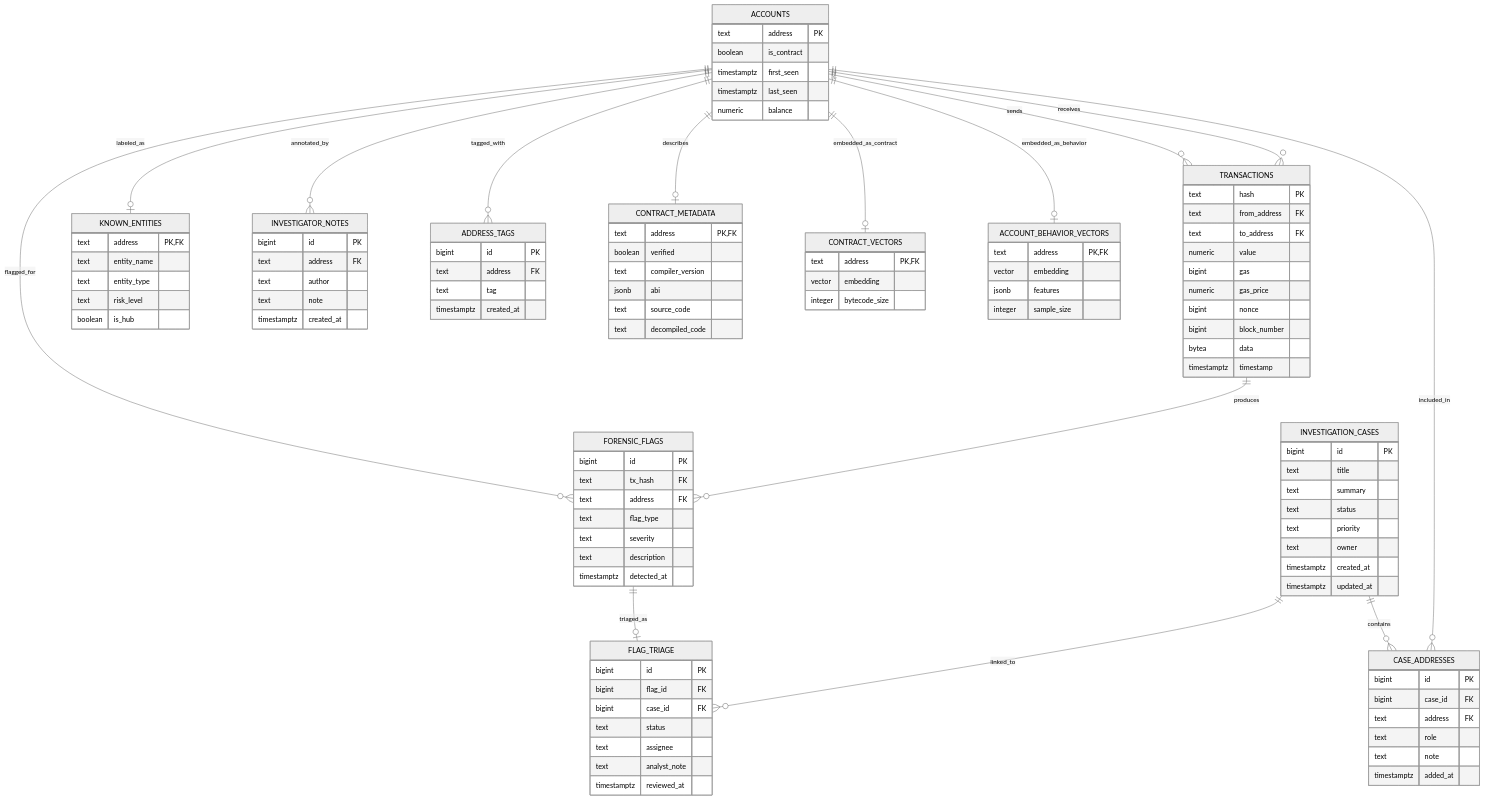
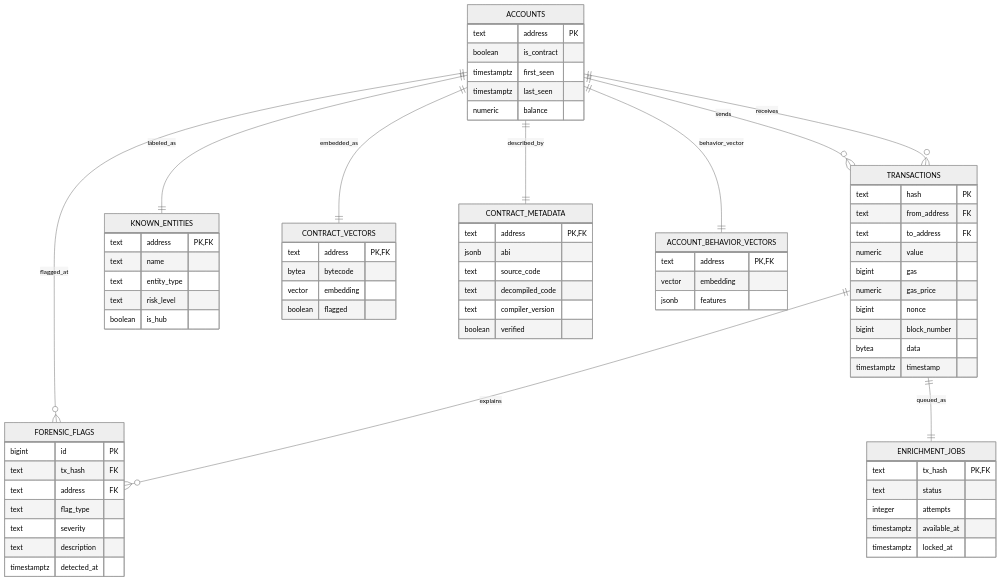
The second of 2 diagrams in docs/professor-report.md (jonamarkin/forensic-listener), drawn with Mermaid (neutral theme) before and after one commit. The commit also changed other lines of this file and 35 other files, not shown here.

````diff
--- a/docs/professor-report.md
+++ b/docs/professor-report.md
@@ -200,93 +191,51 @@
         timestamptz detected_at
     }
 
+    ENRICHMENT_JOBS {
+        text tx_hash PK, FK
+        text status
+        integer attempts
+        timestamptz available_at
+        timestamptz locked_at
+    }
+
     KNOWN_ENTITIES {
         text address PK, FK
-        text entity_name
+        text name
         text entity_type
         text risk_level
         boolean is_hub
     }
 
-    INVESTIGATOR_NOTES {
-        bigint id PK
-        text address FK
-        text author
-        text note
-        timestamptz created_at
-    }
-
-    ADDRESS_TAGS {
-        bigint id PK
-        text address FK
-        text tag
-        timestamptz created_at
+    CONTRACT_VECTORS {
+        text address PK, FK
+        bytea bytecode
+        vector embedding
+        boolean flagged
     }
 
     CONTRACT_METADATA {
         text address PK, FK
-        boolean verified
-        text compiler_version
         jsonb abi
         text source_code
         text decompiled_code
-    }
-
-    CONTRACT_VECTORS {
-        text address PK, FK
-        vector embedding
-        integer bytecode_size
+        text compiler_version
+        boolean verified
     }
 
     ACCOUNT_BEHAVIOR_VECTORS {
         text address PK, FK
         vector embedding
         jsonb features
-        integer sample_size
-    }
-
-    INVESTIGATION_CASES {
-        bigint id PK
-        text title
-        text summary
-        text status
-        text priority
-        text owner
-        timestamptz created_at
-        timestamptz updated_at
-    }
-
-    CASE_ADDRESSES {
-        bigint id PK
-        bigint case_id FK
-        text address FK
-        text role
-        text note
-        timestamptz added_at
-    }
-
-    FLAG_TRIAGE {
-        bigint id PK
-        bigint flag_id FK
-        bigint case_id FK
-        text status
-        text assignee
-        text analyst_note
-        timestamptz reviewed_at
     }
 
     ACCOUNTS ||--o{ TRANSACTIONS : sends
     ACCOUNTS ||--o{ TRANSACTIONS : receives
-    ACCOUNTS ||--o{ FORENSIC_FLAGS : flagged_for
-    TRANSACTIONS ||--o{ FORENSIC_FLAGS : produces
-    ACCOUNTS ||--o| KNOWN_ENTITIES : labeled_as
-    ACCOUNTS ||--o{ INVESTIGATOR_NOTES : annotated_by
-    ACCOUNTS ||--o{ ADDRESS_TAGS : tagged_with
-    ACCOUNTS ||--o| CONTRACT_METADATA : describes
-    ACCOUNTS ||--o| CONTRACT_VECTORS : embedded_as_contract
-    ACCOUNTS ||--o| ACCOUNT_BEHAVIOR_VECTORS : embedded_as_behavior
-    INVESTIGATION_CASES ||--o{ CASE_ADDRESSES : contains
-    ACCOUNTS ||--o{ CASE_ADDRESSES : included_in
-    FORENSIC_FLAGS ||--o| FLAG_TRIAGE : triaged_as
-    INVESTIGATION_CASES ||--o{ FLAG_TRIAGE : linked_to
+    ACCOUNTS ||--o{ FORENSIC_FLAGS : flagged_at
+    TRANSACTIONS ||--o{ FORENSIC_FLAGS : explains
+    TRANSACTIONS ||--|| ENRICHMENT_JOBS : queued_as
+    ACCOUNTS ||--|| KNOWN_ENTITIES : labeled_as
+    ACCOUNTS ||--|| CONTRACT_VECTORS : embedded_as
+    ACCOUNTS ||--|| CONTRACT_METADATA : described_by
+    ACCOUNTS ||--|| ACCOUNT_BEHAVIOR_VECTORS : behavior_vector
 ```
````
